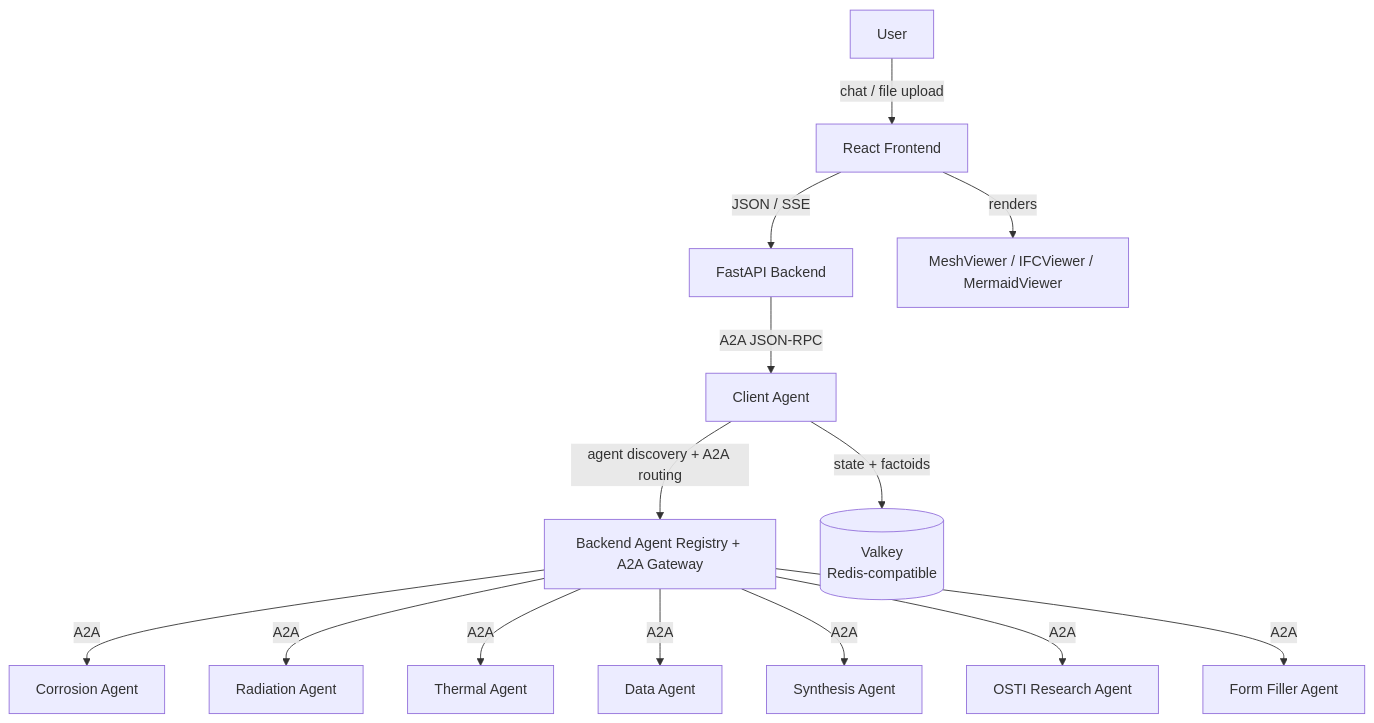
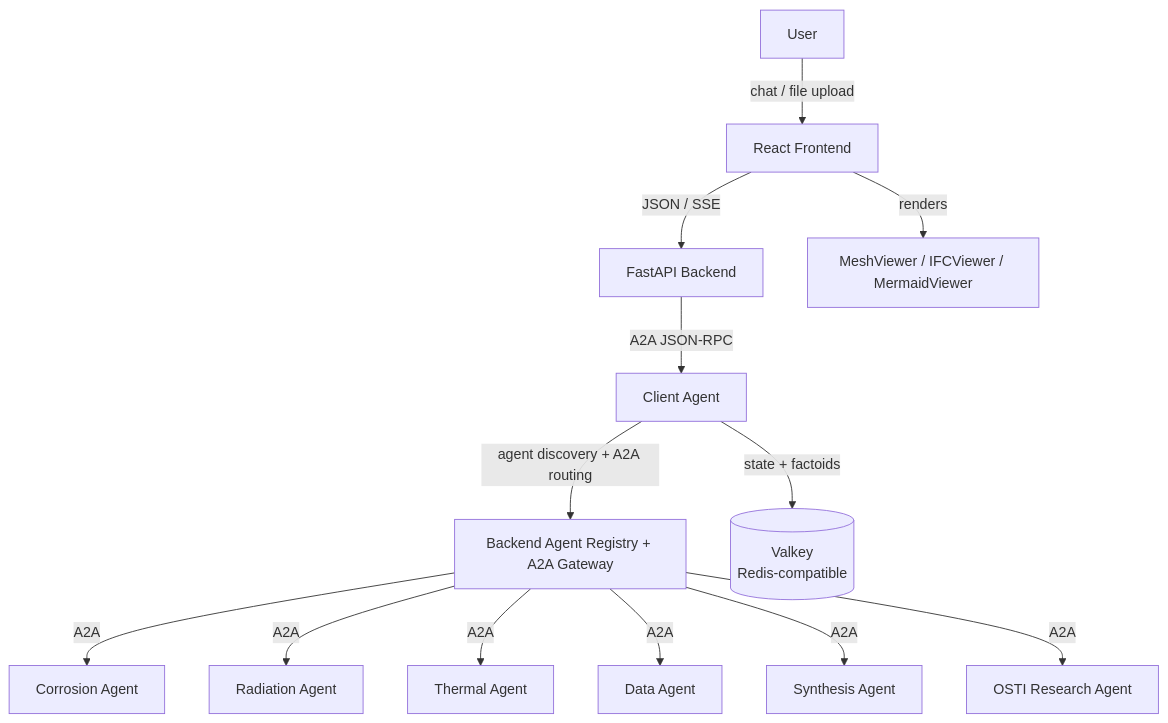
Before and after one commit to idaholab/prometheus_core: the diagram in platform/README.md, drawn with Mermaid. The commit also changed other lines of this file and 28 other files, not shown here.

First line of the commit message:
Remove the unused form-filler-agent

````diff
--- a/platform/README.md
+++ b/platform/README.md
@@ -7,16 +7,15 @@
 ```mermaid
 graph TD
   U[User] -->|chat / file upload| FE[React Frontend]
   FE -->|JSON / SSE| BE[FastAPI Backend]
   BE -->|A2A JSON-RPC| CA[Client Agent]
   CA -->|agent discovery + A2A routing| GW[Backend Agent Registry + A2A Gateway]
   CA -->|state + factoids| RED[(Valkey<br/>Redis-compatible)]
   GW -->|A2A| CORR[Corrosion Agent]
   GW -->|A2A| RAD[Radiation Agent]
   GW -->|A2A| THERM[Thermal Agent]
   GW -->|A2A| DATA[Data Agent]
   GW -->|A2A| SYNTH[Synthesis Agent]
   GW -->|A2A| OSTI[OSTI Research Agent]
-  GW -->|A2A| FF[Form Filler Agent]
   FE -->|renders| VIZ[MeshViewer / IFCViewer / MermaidViewer]
 ```
````
